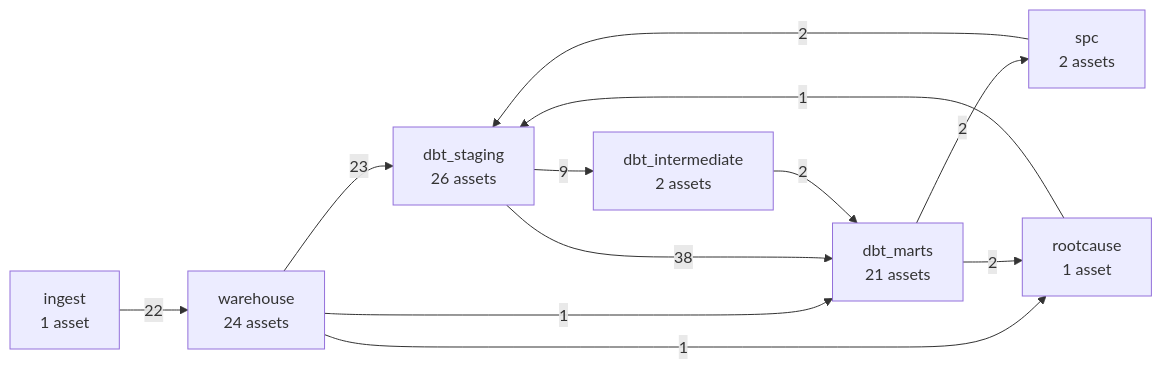
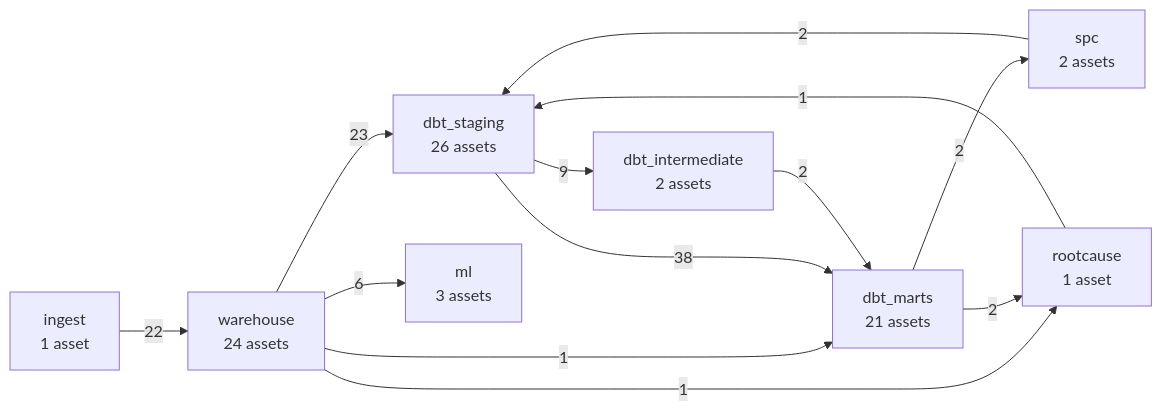
Before and after one commit to anson10/waferLens: the diagram in docs/pipeline.md, drawn with Mermaid. The commit also changed other lines of this file and 36 other files, not shown here.

````diff
--- a/docs/pipeline.md
+++ b/docs/pipeline.md
@@ -11,21 +11,23 @@
 ```mermaid
 flowchart LR
     ingest["ingest<br/>1 asset"]
     warehouse["warehouse<br/>24 assets"]
     dbt_staging["dbt_staging<br/>26 assets"]
     dbt_intermediate["dbt_intermediate<br/>2 assets"]
     dbt_marts["dbt_marts<br/>21 assets"]
     spc["spc<br/>2 assets"]
     rootcause["rootcause<br/>1 asset"]
+    ml["ml<br/>3 assets"]
     ingest -->|22| warehouse
     warehouse -->|23| dbt_staging
     warehouse -->|1| dbt_marts
     warehouse -->|1| rootcause
+    warehouse -->|6| ml
     dbt_staging -->|9| dbt_intermediate
     dbt_staging -->|38| dbt_marts
     dbt_intermediate -->|2| dbt_marts
     dbt_marts -->|2| spc
     dbt_marts -->|2| rootcause
     spc -->|2| dbt_staging
     rootcause -->|1| dbt_staging
 ```
````
